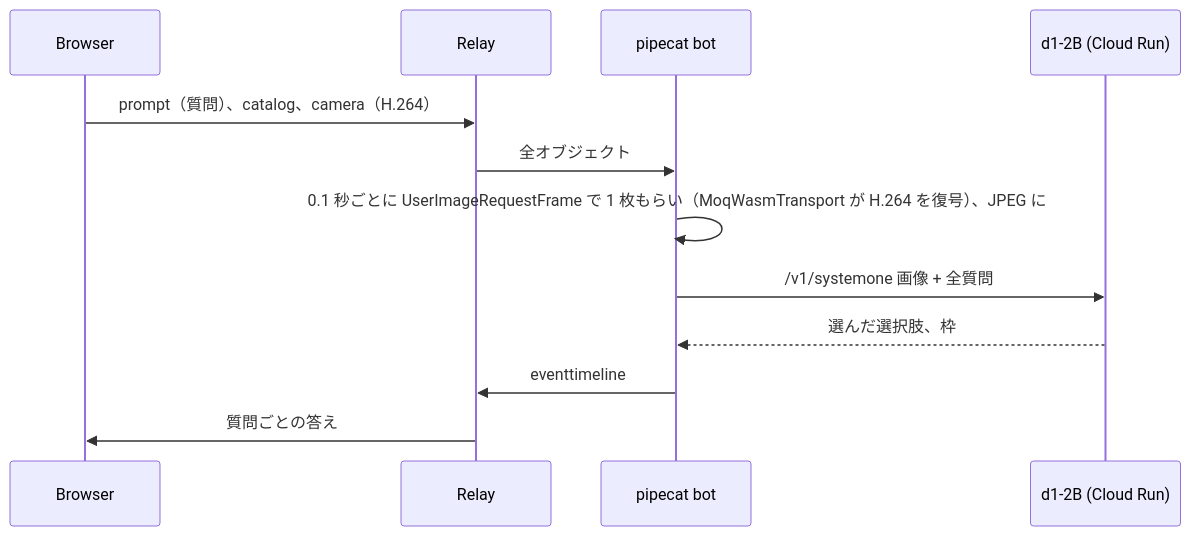
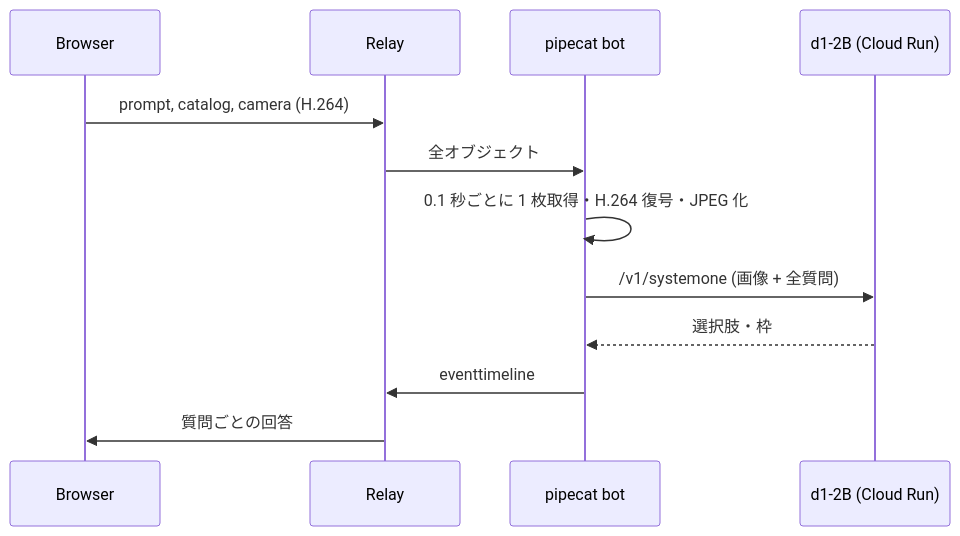
The diagram in examples/python/moq-camera-detection/README.md (nttcom/moq-wasm), drawn with Mermaid before and after one commit. The commit also changed other lines of this file and 57 other files, not shown here.

````diff
--- a/examples/python/moq-camera-detection/README.md
+++ b/examples/python/moq-camera-detection/README.md
@@ -6,14 +5,14 @@
 ```mermaid
 sequenceDiagram
     participant B as Browser
     participant R as Relay
     participant P as pipecat bot
     participant D as d1-2B (Cloud Run)
-    B->>R: prompt（質問）、catalog、camera（H.264）
+    B->>R: prompt, catalog, camera (H.264)
     R->>P: 全オブジェクト
-    P->>P: 0.1 秒ごとに UserImageRequestFrame で 1 枚もらい（MoqWasmTransport が H.264 を復号）、JPEG に
-    P->>D: /v1/systemone 画像 + 全質問
-    D-->>P: 選んだ選択肢、枠
+    P->>P: 0.1 秒ごとに 1 枚取得・H.264 復号・JPEG 化
+    P->>D: /v1/systemone (画像 + 全質問)
+    D-->>P: 選択肢・枠
     P->>R: eventtimeline
-    R->>B: 質問ごとの答え
+    R->>B: 質問ごとの回答
 ```
````
